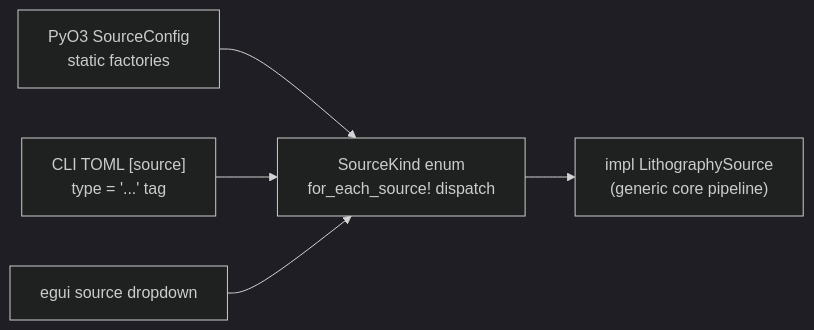
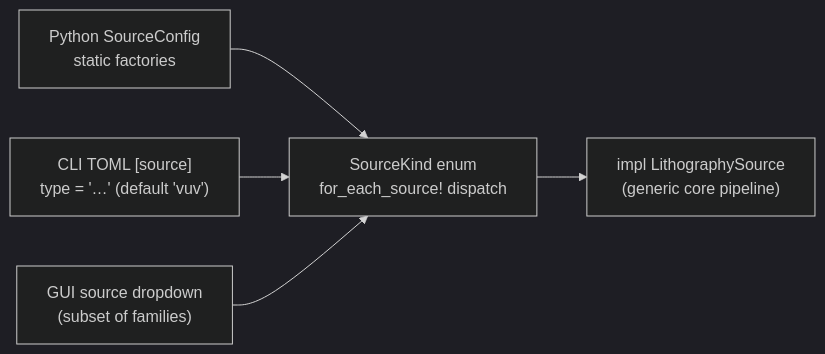
One commit to sonoransun/highuvlith changed the second of 2 diagrams in docs/sources/index.md. Above: the diagram before and after it, drawn with Mermaid (dark theme). The commit also changed other lines of this file and 496 other files, not shown here.

````diff
--- a/docs/sources/index.md
+++ b/docs/sources/index.md
@@ -60,7 +178,7 @@
 ```mermaid
 flowchart LR
-    PY["PyO3 SourceConfig<br/>static factories"] --> SK
-    CLI["CLI TOML [source]<br/>type = '...' tag"] --> SK
-    GUI["egui source dropdown"] --> SK
+    PY["Python SourceConfig<br/>static factories"] --> SK
+    CLI["CLI TOML [source]<br/>type = '…' (default 'vuv')"] --> SK
+    GUI["GUI source dropdown<br/>(subset of families)"] --> SK
     SK["SourceKind enum<br/>for_each_source! dispatch"] --> TRAIT["impl LithographySource<br/>(generic core pipeline)"]
 ```
````
